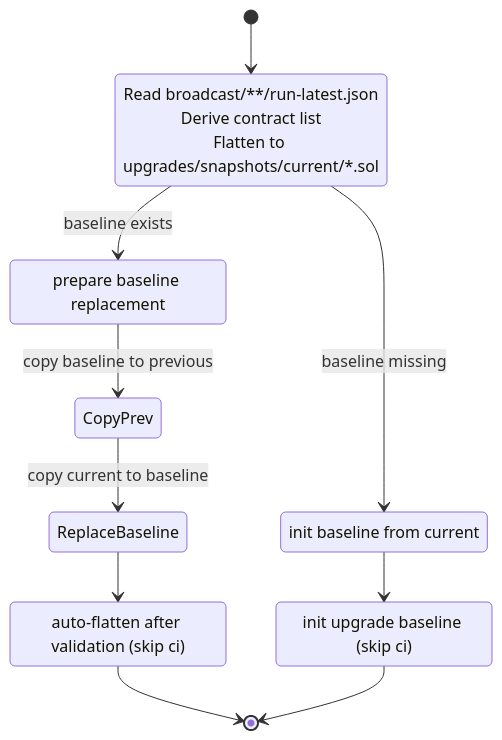
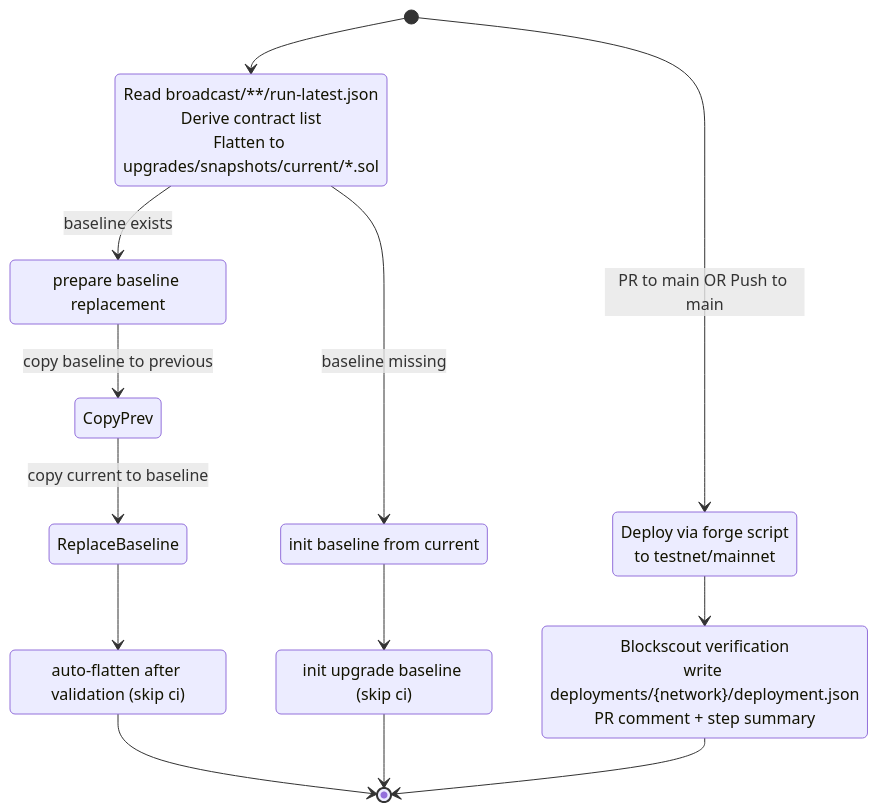
Before and after one commit to BreadchainCoop/etherform: the third of 3 diagrams in docs/specs/ci-cd-automated-deployments.md, drawn with Mermaid.

Commit message:
docs(spec): extend flatten state diagram with deploy and verify paths

````diff
--- a/docs/specs/ci-cd-automated-deployments.md
+++ b/docs/specs/ci-cd-automated-deployments.md
@@ -314,19 +314,26 @@
 ```mermaid
 stateDiagram-v2
   [*] --> Flatten
+  [*] --> Deploy : PR to main OR Push to main
+
   Flatten: Read broadcast/**/run-latest.json<br/>Derive contract list<br/>Flatten to upgrades/snapshots/current/*.sol
   Flatten --> Promote : baseline exists
   Flatten --> InitBaseline : baseline missing
 
   Promote: prepare baseline replacement
   Promote --> CopyPrev : copy baseline to previous
   CopyPrev --> ReplaceBaseline : copy current to baseline
   ReplaceBaseline --> CommitUpdate
   CommitUpdate: auto-flatten after validation (skip ci)
   CommitUpdate --> [*]
 
   InitBaseline: init baseline from current
   InitBaseline --> CommitInit
   CommitInit: init upgrade baseline (skip ci)
   CommitInit --> [*]
+
+  Deploy: Deploy via forge script<br/>to testnet/mainnet
+  Deploy --> Verify
+  Verify: Blockscout verification<br/>write deployments/{network}/deployment.json<br/>PR comment + step summary
+  Verify --> [*]
 ```
````
